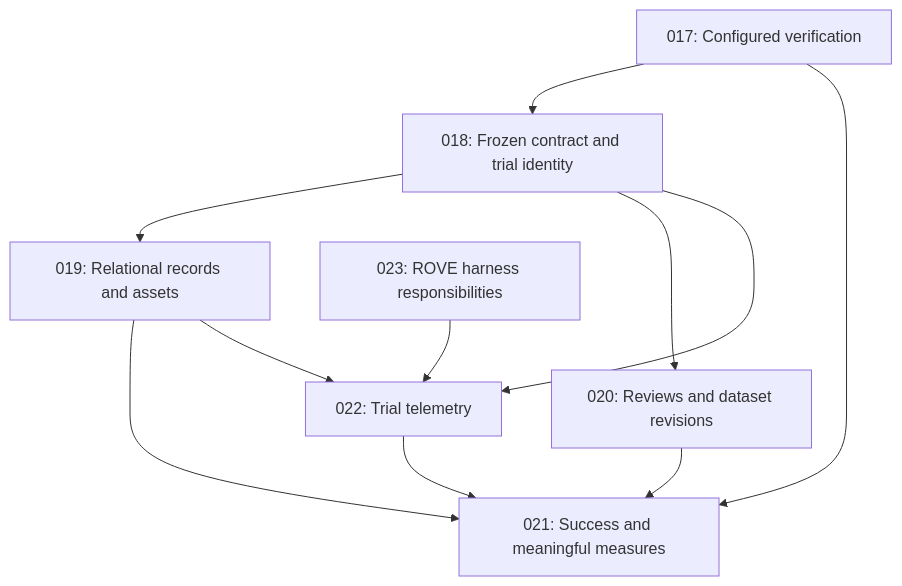
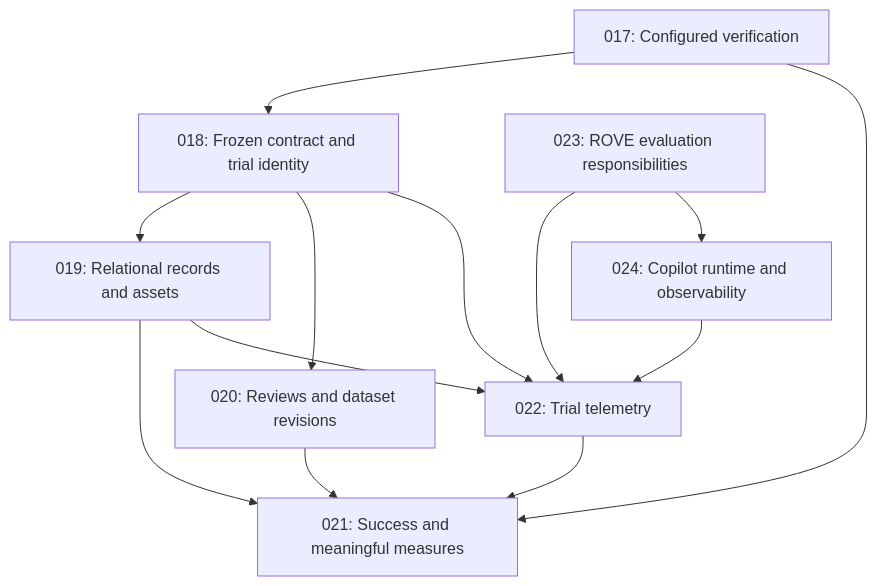
Before and after one commit to niksacdev/rove: the diagram in docs/architecture/README.md, drawn with Mermaid. The commit also changed other lines of this file and 15 other files, not shown here.

Commit message:
Document Copilot runtime architecture (#16)

````diff
--- a/docs/architecture/README.md
+++ b/docs/architecture/README.md
@@ -17,13 +22,15 @@
 ```mermaid
 flowchart TD
     V[017: Configured verification] --> C[018: Frozen contract and trial identity]
     C --> S[019: Relational records and assets]
     C --> H[020: Reviews and dataset revisions]
     H --> M[021: Success and meaningful measures]
     V --> M
     S --> M
     C --> T[022: Trial telemetry]
     S --> T
     T --> M
-    E[023: ROVE harness responsibilities] --> T
+    E[023: ROVE evaluation responsibilities] --> T
+    R[024: Copilot runtime and observability] --> T
+    E --> R
 ```
````
